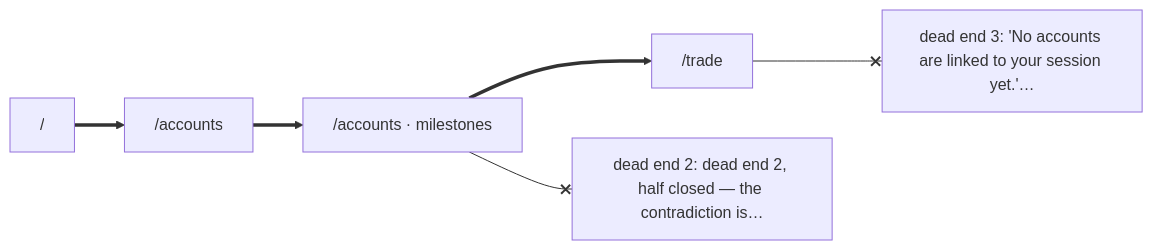
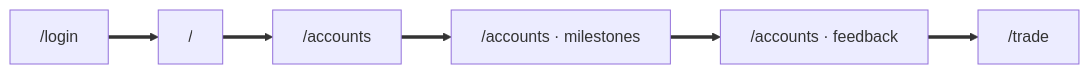
The third of 6 diagrams in docs/members/maps.md (ejclark/skynet-capital), drawn with Mermaid before and after one commit. The commit also changed other lines of this file, not shown here.

````diff
--- a/docs/members/maps.md
+++ b/docs/members/maps.md
@@ -46,12 +54,14 @@
 ```mermaid
 flowchart LR
-  r0["/"]
-  r1["/accounts"]
-  r2["/accounts · milestones"]
-  r3["/trade"]
+  r0["/login"]
+  r1["/"]
+  r2["/accounts"]
+  r3["/accounts · milestones"]
+  r4["/accounts · feedback"]
+  r5["/trade"]
   r0 ==> r1
   r1 ==> r2
   r2 ==> r3
-  r2 --x d0["dead end 2: dead end 2, half closed — the contradiction is…"]
-  r3 --x d1["dead end 3: 'No accounts are linked to your session yet.'…"]
+  r3 ==> r4
+  r4 ==> r5
 ```
````
